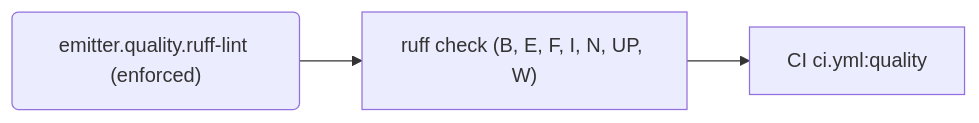
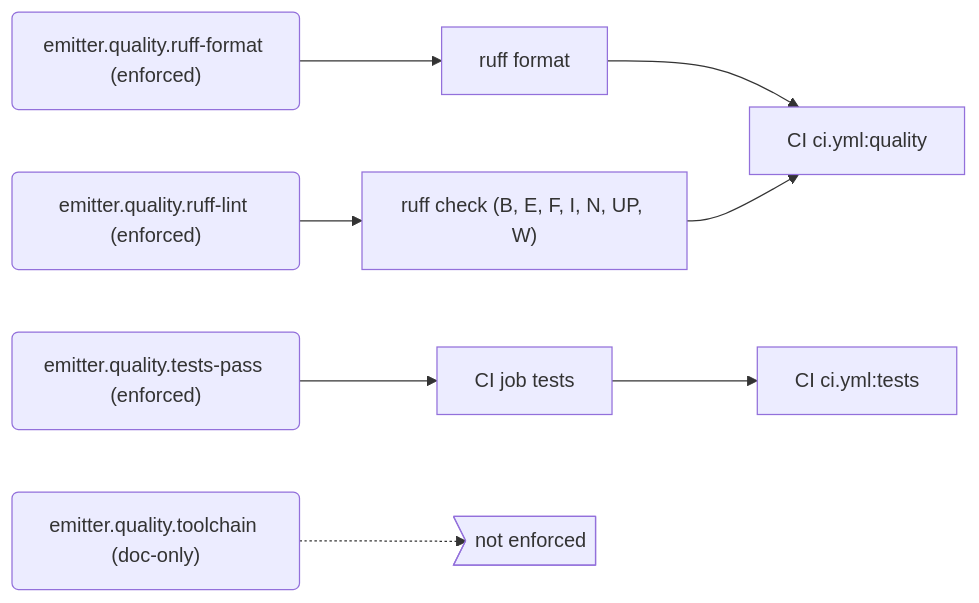
One commit to PolicyEngine/local-services changed the sixth of 8 diagrams in docs/generated/rules.md. Above: the diagram before and after it, drawn with Mermaid. The commit also changed other lines of this file and 3 other files, not shown here.

````diff
--- a/docs/generated/rules.md
+++ b/docs/generated/rules.md
@@ -45,8 +219,20 @@
 ```mermaid
 flowchart LR
+  r_emitter_quality_ruff_format("emitter.quality.ruff-format (enforced)")
+  e_ruff_format["ruff format"]
+  j_CI_ci_yml_quality["CI ci.yml:quality"]
   r_emitter_quality_ruff_lint("emitter.quality.ruff-lint (enforced)")
   e_ruff_check__B__E__F__I__N__UP__W_["ruff check (B, E, F, I, N, UP, W)"]
-  j_CI_ci_yml_quality["CI ci.yml:quality"]
+  r_emitter_quality_tests_pass("emitter.quality.tests-pass (enforced)")
+  e_CI_job_tests["CI job tests"]
+  j_CI_ci_yml_tests["CI ci.yml:tests"]
+  r_emitter_quality_toolchain("emitter.quality.toolchain (doc-only)")
+  gap_unenforced>"not enforced"]
+  r_emitter_quality_ruff_format --> e_ruff_format
+  e_ruff_format --> j_CI_ci_yml_quality
   r_emitter_quality_ruff_lint --> e_ruff_check__B__E__F__I__N__UP__W_
   e_ruff_check__B__E__F__I__N__UP__W_ --> j_CI_ci_yml_quality
+  r_emitter_quality_tests_pass --> e_CI_job_tests
+  e_CI_job_tests --> j_CI_ci_yml_tests
+  r_emitter_quality_toolchain -.-> gap_unenforced
 ```
````
